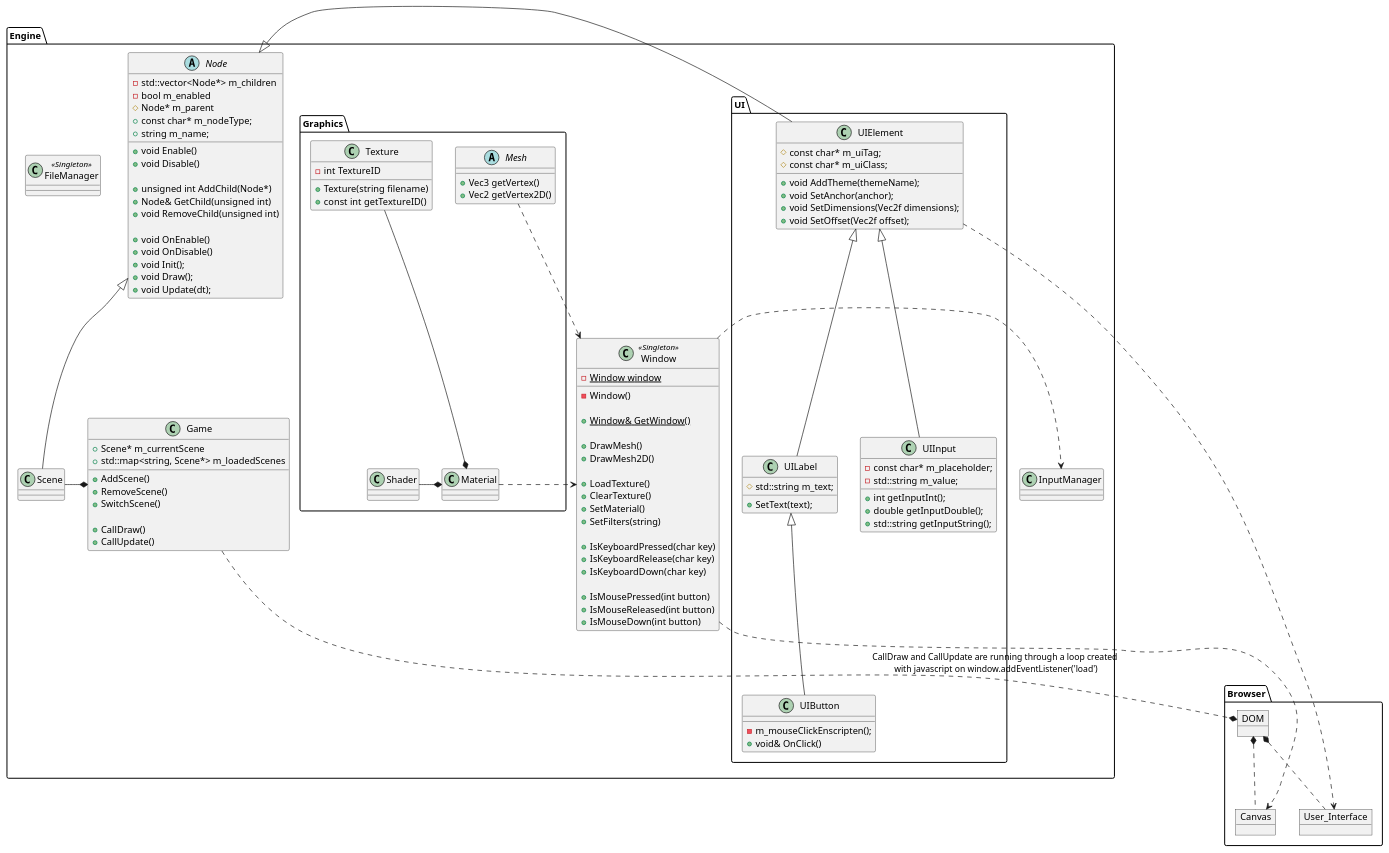
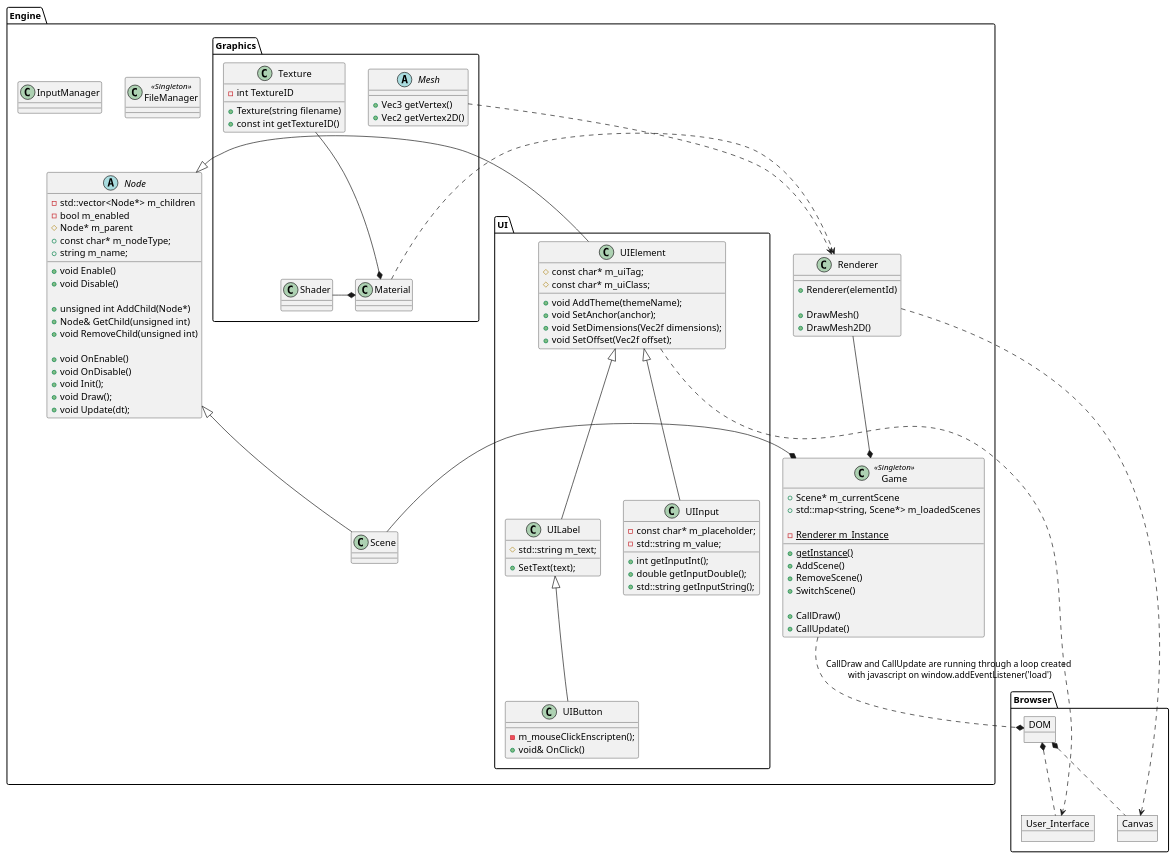
One commit to MesaGuildeTeam/Carpenter-Engine changed the diagram in docs/architecture.puml. Above: the diagram before and after it, drawn with PlantUML. The commit also changed 8 other files, not shown here.

Commit message:
fix: refactored engine - Window is now a general purpose renderer and no longer a singleton - Game is now a singleton and manages a renderer to the main canvas

```diff
--- a/docs/architecture.puml
+++ b/docs/architecture.puml
@@ -1,156 +1,144 @@
 @startuml EngineArchitecture
 
 namespace Engine {
-  class Window <<Singleton>> {
-    - {static} Window window
-    - {method} Window()
-
-    + {method} {static} Window& GetWindow()
+  class Renderer {
+    + {method} Renderer(elementId)
     
     + {method} DrawMesh()
     + {method} DrawMesh2D()
-
-    + {method} LoadTexture()
-    + {method} ClearTexture()
-    + {method} SetMaterial()
-    + {method} SetFilters(string)
-
-    + {method} IsKeyboardPressed(char key)
-    + {method} IsKeyboardRelease(char key)
-    + {method} IsKeyboardDown(char key)
-
-    + {method} IsMousePressed(int button)
-    + {method} IsMouseReleased(int button)
-    + {method} IsMouseDown(int button)
   }
 
   class FileManager <<Singleton>> {
     
   }
 
-  class Game {
+  class Game <<Singleton>> {
     + Scene* m_currentScene
     + std::map<string, Scene*> m_loadedScenes
+
+    - {static} Renderer m_Instance
+    + {static} {method} getInstance()
+
     
     + {method} AddScene()
     + {method} RemoveScene()
     + {method} SwitchScene()
 
     + {method} CallDraw()
     + {method} CallUpdate()
   }
   
   abstract Node {
     - std::vector<Node*> m_children
     - bool m_enabled
     # Node* m_parent
     + const char* m_nodeType;
     + string m_name;
 
     + {method} void Enable()
     + {method} void Disable()
 
     + {method} unsigned int AddChild(Node*)
     + {method} Node& GetChild(unsigned int)
     + {method} void RemoveChild(unsigned int)
 
     + {method} void OnEnable()
     + {method} void OnDisable()
     + {method} void Init();
     + {method} void Draw();
     + {method} void Update(dt);
   }
 
   class Scene extends Node
 
   class InputManager {
 
   }
 
   Scene -* Game
-  Window .> InputManager
+  Renderer --* Game
 
   namespace UI {
     class UIElement {
       # const char* m_uiTag;
       # const char* m_uiClass;
 
       + {method} void AddTheme(themeName);
       + {method} void SetAnchor(anchor);
       + {method} void SetDimensions(Vec2f dimensions);
       + {method} void SetOffset(Vec2f offset);
     }
 
     class UILabel extends UIElement {
       # std::string m_text;
 
       + {method} SetText(text);
     }
 
     class UIButton extends UILabel {
       - {method} m_mouseClickEnscripten();
       + void& OnClick()
     }
 
     class UIInput extends UIElement {
       - const char* m_placeholder;
       - std::string m_value;
 
       + {method} int getInputInt();
       + {method} double getInputDouble();
       + {method} std::string getInputString();
     }
   }
 
   UI.UIElement -|> Node
 
   namespace Graphics {
     abstract Mesh {
       + {method} Vec3 getVertex()
       + {method} Vec2 getVertex2D()
     }
 
     class Texture {
       - int TextureID
       + {method} Texture(string filename)
       + {method} const int getTextureID()
     }
 
     class Shader {
 
     }
 
     class Material {
 
     }
 
     Texture --* Material    
     Shader -* Material
   }
 
-  Graphics.Material .> Window
-  Graphics.Mesh .> Window
+  Graphics.Material .> Renderer 
+  Graphics.Mesh .> Renderer 
 }
 
 namespace Browser {
   Object Canvas {
 
   }
 
   Object User_Interface {
 
   }
 
   Object DOM {
 
   }
 
   DOM *.. User_Interface
   DOM *.. Canvas
 }
 
-Engine.Window .> Browser.Canvas
+Engine.Renderer .> Browser.Canvas
 Engine.Game ..* Browser.DOM : "CallDraw and CallUpdate are running through a loop created \nwith javascript on window.addEventListener('load')"
 Engine.UI.UIElement ..> Browser.User_Interface
 
 @enduml
```
